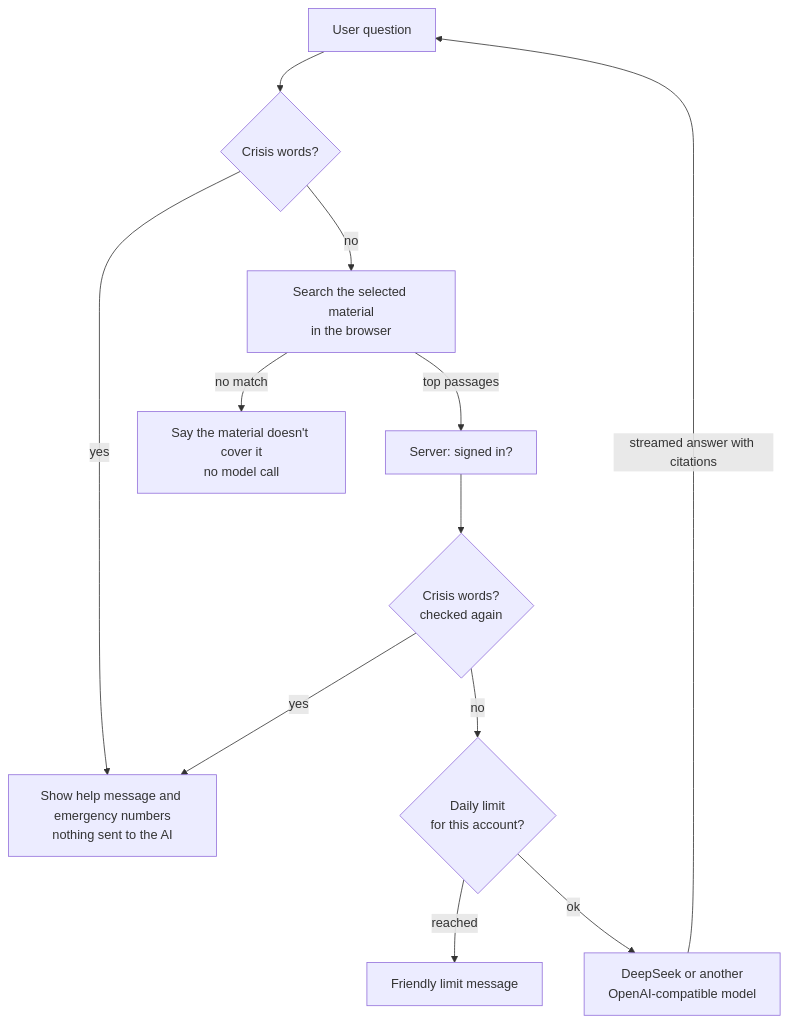
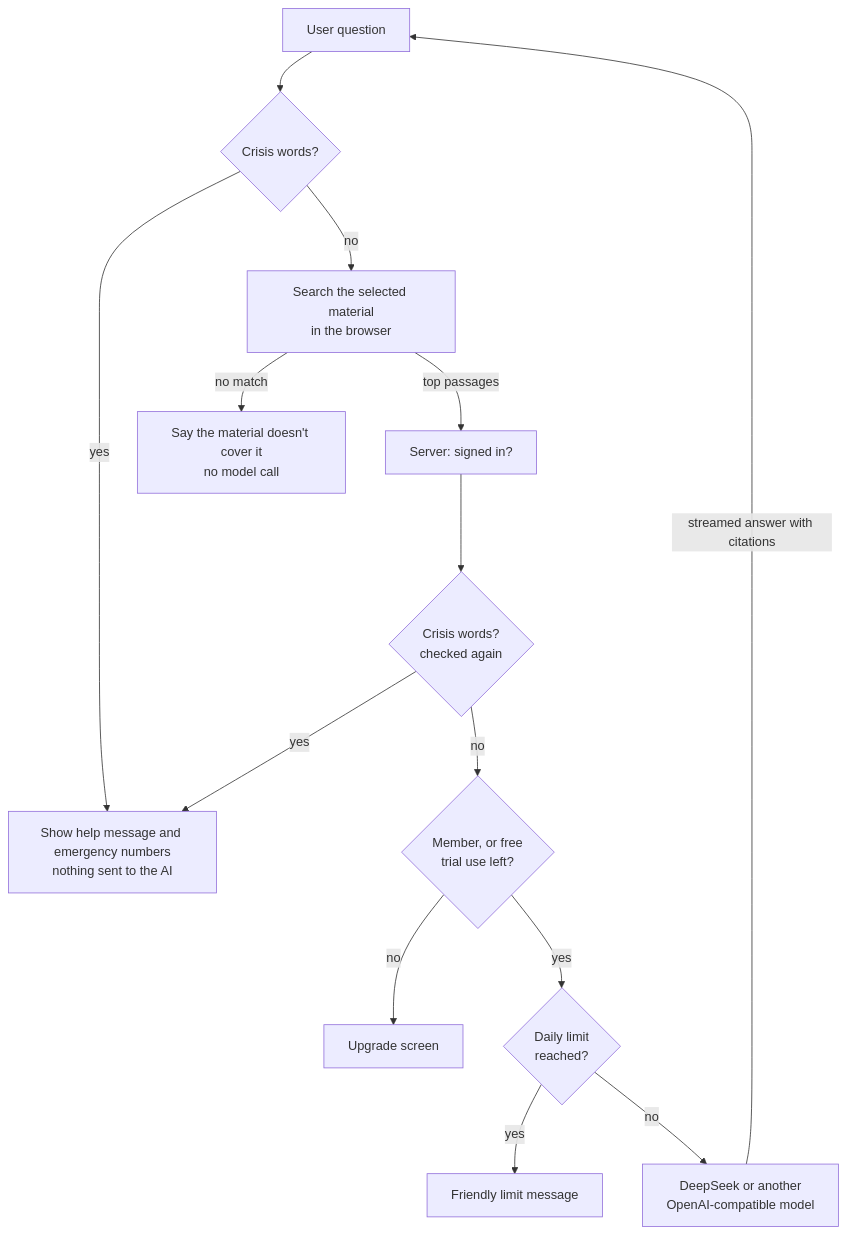
One commit to WHYNOT-LUO/unspoken-demo changed the diagram in README.md. Above: the diagram before and after it, drawn with Mermaid. The commit also changed other lines of this file and 15 other files, not shown here.

First line of the commit message:
Free AI trial and paid membership (manual unlock)

````diff
--- a/README.md
+++ b/README.md
@@ -97,14 +102,16 @@
 ```mermaid
 flowchart TD
   U[User question] --> C{Crisis words?}
   C -- yes --> H[Show help message and emergency numbers<br/>nothing sent to the AI]
   C -- no --> R[Search the selected material<br/>in the browser]
   R -- no match --> N[Say the material doesn't cover it<br/>no model call]
   R -- top passages --> S[Server: signed in?]
   S --> C2{Crisis words?<br/>checked again}
   C2 -- yes --> H
-  C2 -- no --> L{Daily limit<br/>for this account?}
-  L -- reached --> E[Friendly limit message]
-  L -- ok --> M[DeepSeek or another<br/>OpenAI-compatible model]
+  C2 -- no --> P{Member, or free<br/>trial use left?}
+  P -- no --> UP[Upgrade screen]
+  P -- yes --> L{Daily limit<br/>reached?}
+  L -- yes --> E[Friendly limit message]
+  L -- no --> M[DeepSeek or another<br/>OpenAI-compatible model]
   M -- streamed answer with citations --> U
 ```
````
